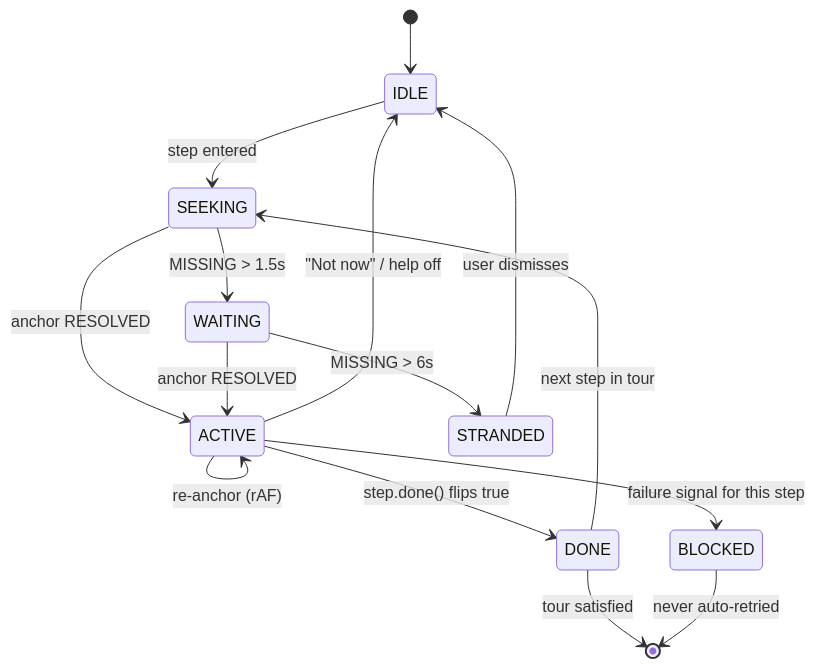
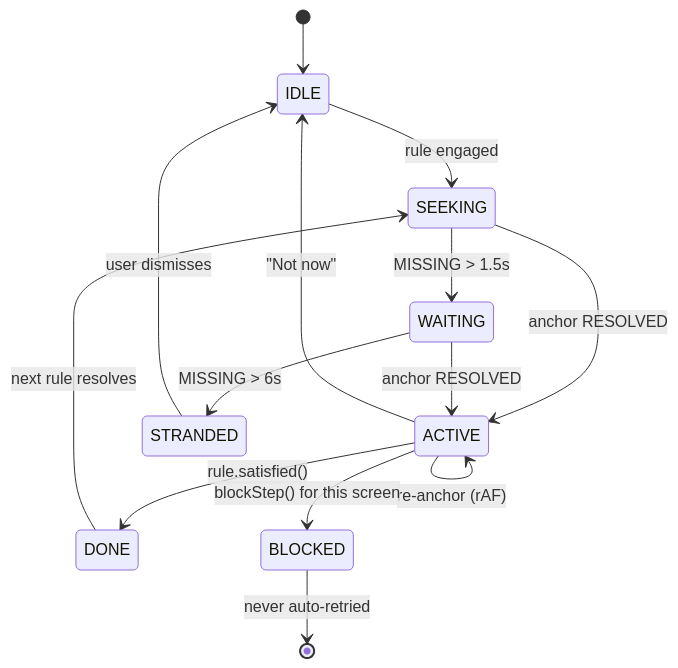
The fourth of 5 diagrams in docs/plans/tasks/T7620-design.md (imankha/video-editor), drawn with Mermaid before and after one commit. The commit also changed other lines of this file and 2 other files, not shown here.

Commit message:
T7620: revised design (GUIDANCE_MAP spine, per-screen intent, push posture); WAITING ON USER round 2

````diff
--- a/docs/plans/tasks/T7620-design.md
+++ b/docs/plans/tasks/T7620-design.md
@@ -302,17 +661,16 @@
 ```mermaid
 stateDiagram-v2
     [*] --> IDLE
-    IDLE --> SEEKING: step entered
+    IDLE --> SEEKING: rule engaged
     SEEKING --> ACTIVE: anchor RESOLVED
     SEEKING --> WAITING: MISSING > 1.5s
     WAITING --> ACTIVE: anchor RESOLVED
     WAITING --> STRANDED: MISSING > 6s
     ACTIVE --> ACTIVE: re-anchor (rAF)
-    ACTIVE --> DONE: step.done() flips true
-    ACTIVE --> BLOCKED: failure signal for this step
-    ACTIVE --> IDLE: "Not now" / help off
+    ACTIVE --> DONE: rule.satisfied()
+    ACTIVE --> BLOCKED: blockStep() for this screen
+    ACTIVE --> IDLE: "Not now"
     STRANDED --> IDLE: user dismisses
-    DONE --> SEEKING: next step in tour
-    DONE --> [*]: tour satisfied
+    DONE --> SEEKING: next rule resolves
     BLOCKED --> [*]: never auto-retried
 ```
````
